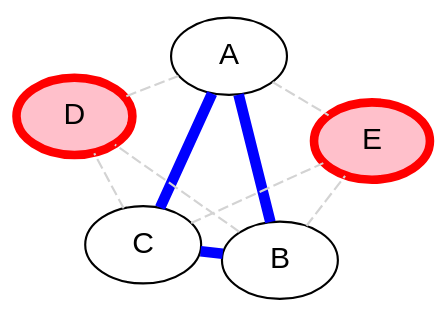
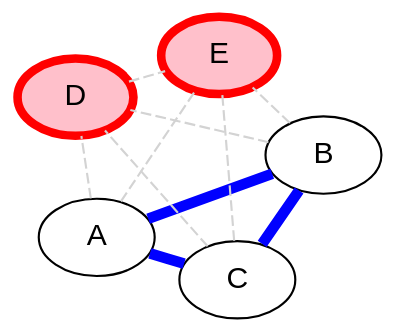
One commit to lvh/DistributedSystems101 changed the diagram in media/CAP/QuorumWithNodeFailures.dot. Above: the diagram before and after it, drawn with Graphviz. The commit also changed 1 other file, not shown here.

```diff
--- a/media/CAP/QuorumWithNodeFailures.dot
+++ b/media/CAP/QuorumWithNodeFailures.dot
@@ -1,35 +1,36 @@
 graph Quorum {
         bgcolor="transparent";
         node [fontname="Helvetica"];
         layout=fdp;
                 
         Node1 [label="A"];
         Node2 [label="B"];
         Node3 [label="C"];
 
         {
                 node [style=filled,color=red,fillcolor="Pink", penwidth=4];
                 
                 Node4 [label="D"];
                 Node5 [label="E"];
         }
 
         {
                 edge [penwidth=5, color=blue];
 
                 Node1 -- Node2;
                 Node1 -- Node3;
                 Node2 -- Node3;               
         }
              
         {
                 edge [color=lightgrey, style=dashed];
                 
-                Node3 -- Node4;                
-                Node3 -- Node5;               
                 Node1 -- Node4;
                 Node1 -- Node5;
                 Node2 -- Node4;
                 Node2 -- Node5;
+                Node3 -- Node4;                
+                Node3 -- Node5;               
+                Node4 -- Node5;              
         }
 }
```
